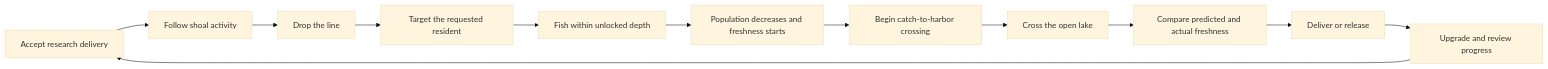
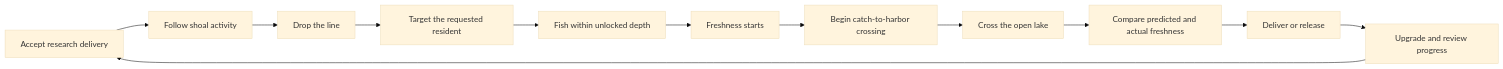
Before and after one commit to Prunty2/GameCompNew: the diagram in Docs/Game-Brief.md, drawn with Mermaid (base theme). The commit also changed other lines of this file and 13 other files, not shown here.

````diff
--- a/Docs/Game-Brief.md
+++ b/Docs/Game-Brief.md
@@ -81,14 +81,14 @@
 ```mermaid
 flowchart LR
   A["Accept research delivery"] --> B["Follow shoal activity"]
   B --> C["Drop the line"]
   C --> D["Target the requested resident"]
   D --> F["Fish within unlocked depth"]
-  F --> G["Population decreases and freshness starts"]
+  F --> G["Freshness starts"]
   G --> H["Begin catch-to-harbor crossing"]
   H --> I["Cross the open lake"]
   I --> J["Compare predicted and actual freshness"]
   J --> K["Deliver or release"]
   K --> L["Upgrade and review progress"]
   L --> A
 ```
````
